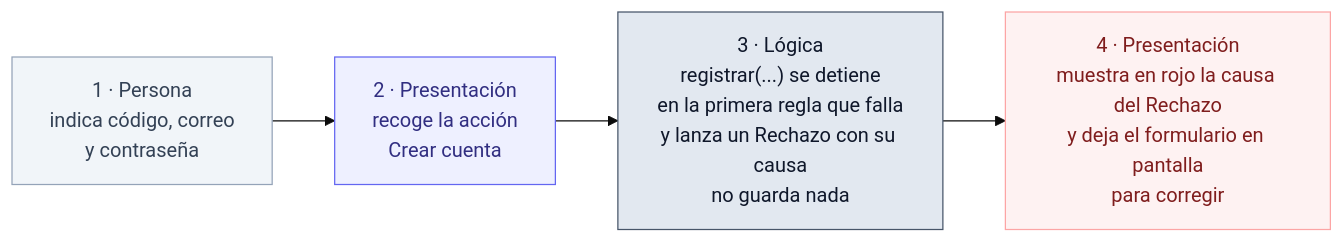
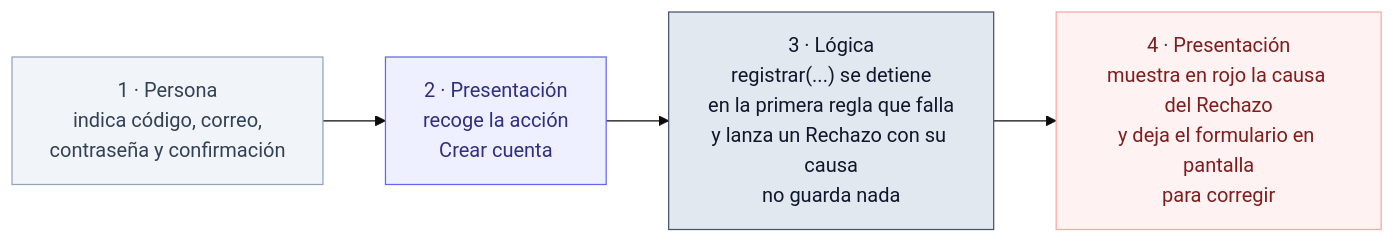
The second of 2 diagrams in docs/recorrido-registro.md (raulandres24/proyecto_reservacion_salas_final), drawn with Mermaid (base theme) before and after one commit. The commit also changed other lines of this file and 7 other files, not shown here.

First line of the commit message:
docs: confirmación de contraseña en el registro (C-15) y fase F10

````diff
--- a/docs/recorrido-registro.md
+++ b/docs/recorrido-registro.md
@@ -35,17 +35,17 @@
 ```mermaid
 flowchart LR
-    A["1 · Persona<br/>indica código, correo<br/>y contraseña"]
+    A["1 · Persona<br/>indica código, correo,<br/>contraseña y confirmación"]
     B["2 · Presentación<br/>recoge la acción<br/>Crear cuenta"]
     C["3 · Lógica<br/>registrar(...) se detiene<br/>en la primera regla que falla<br/>y lanza un Rechazo con su causa<br/>no guarda nada"]
     D["4 · Presentación<br/>muestra en rojo la causa del Rechazo<br/>y deja el formulario en pantalla<br/>para corregir"]
     A --> B --> C --> D
 
     classDef persona fill:#f1f5f9,stroke:#94a3b8,color:#334155
     classDef presentacion fill:#eef0ff,stroke:#6366f1,color:#312e81
     classDef logica fill:#e2e8f0,stroke:#475569,color:#0f172a
     classDef no fill:#fef2f2,stroke:#fca5a5,color:#7f1d1d
     class A persona
     class B presentacion
     class C logica
     class D no
 ```
````
